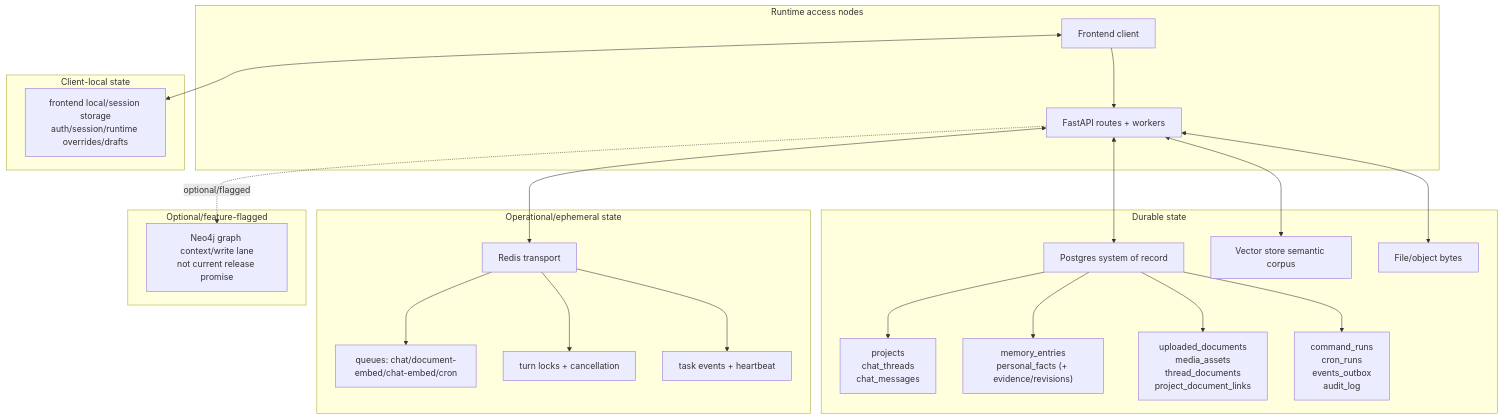
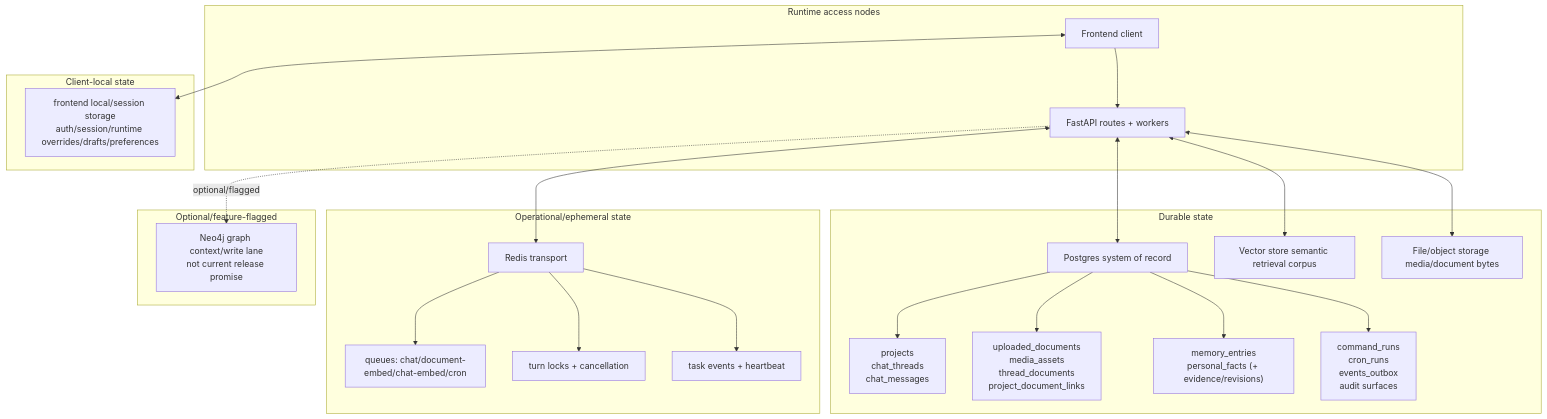
One commit to Resonant-Jones/Codexify changed the third of 4 diagrams in docs/architecture/codexify-development-map-v1.md. Above: the diagram before and after it, drawn with Mermaid. The commit also changed other lines of this file and 9 other files, not shown here.

Commit message:
Fix development map Mermaid preview compatibility

````diff
--- a/docs/architecture/codexify-development-map-v1.md
+++ b/docs/architecture/codexify-development-map-v1.md
@@ -190,51 +199,50 @@
 ```mermaid
 flowchart TB
     subgraph runtime["Runtime access nodes"]
         API["FastAPI routes + workers"]
         FE["Frontend client"]
     end
 
     subgraph durable["Durable state"]
         PG["Postgres system of record"]
-        ENT_CORE["projects\nchat_threads\nchat_messages"]
-        ENT_MEM["memory_entries\npersonal_facts (+ evidence/revisions)"]
-        ENT_DOC["uploaded_documents\nmedia_assets\nthread_documents\nproject_document_links"]
-        ENT_OPS["command_runs\ncron_runs\nevents_outbox\naudit_log"]
-
-        VEC["Vector store semantic corpus"]
-        OBJ["File/object bytes"]
+        CORE["projects<br/>chat_threads<br/>chat_messages"]
+        DOCS["uploaded_documents<br/>media_assets<br/>thread_documents<br/>project_document_links"]
+        MEM["memory_entries<br/>personal_facts (+ evidence/revisions)"]
+        OPS["command_runs<br/>cron_runs<br/>events_outbox<br/>audit surfaces"]
+        VEC["Vector store semantic retrieval corpus"]
+        OBJ["File/object storage media/document bytes"]
     end
 
     subgraph operational["Operational/ephemeral state"]
         REDIS["Redis transport"]
         Q["queues: chat/document-embed/chat-embed/cron"]
         L["turn locks + cancellation"]
         E["task events + heartbeat"]
     end
 
     subgraph optional["Optional/feature-flagged"]
-        NEO["Neo4j graph context/write lane\nnot current release promise"]
+        NEO["Neo4j graph context/write lane<br/>not current release promise"]
     end
 
-    subgraph client_state["Client-local state"]
-        CLS["frontend local/session storage\nauth/session/runtime overrides/drafts"]
+    subgraph client["Client-local state"]
+        CLS["frontend local/session storage<br/>auth/session/runtime overrides/drafts/preferences"]
     end
 
     FE <--> CLS
     FE --> API
 
     API <--> PG
     API <--> REDIS
     API <--> VEC
     API <--> OBJ
     API -. optional/flagged .-> NEO
 
-    PG --> ENT_CORE
-    PG --> ENT_MEM
-    PG --> ENT_DOC
-    PG --> ENT_OPS
+    PG --> CORE
+    PG --> DOCS
+    PG --> MEM
+    PG --> OPS
 
     REDIS --> Q
     REDIS --> L
     REDIS --> E
 ```
````
